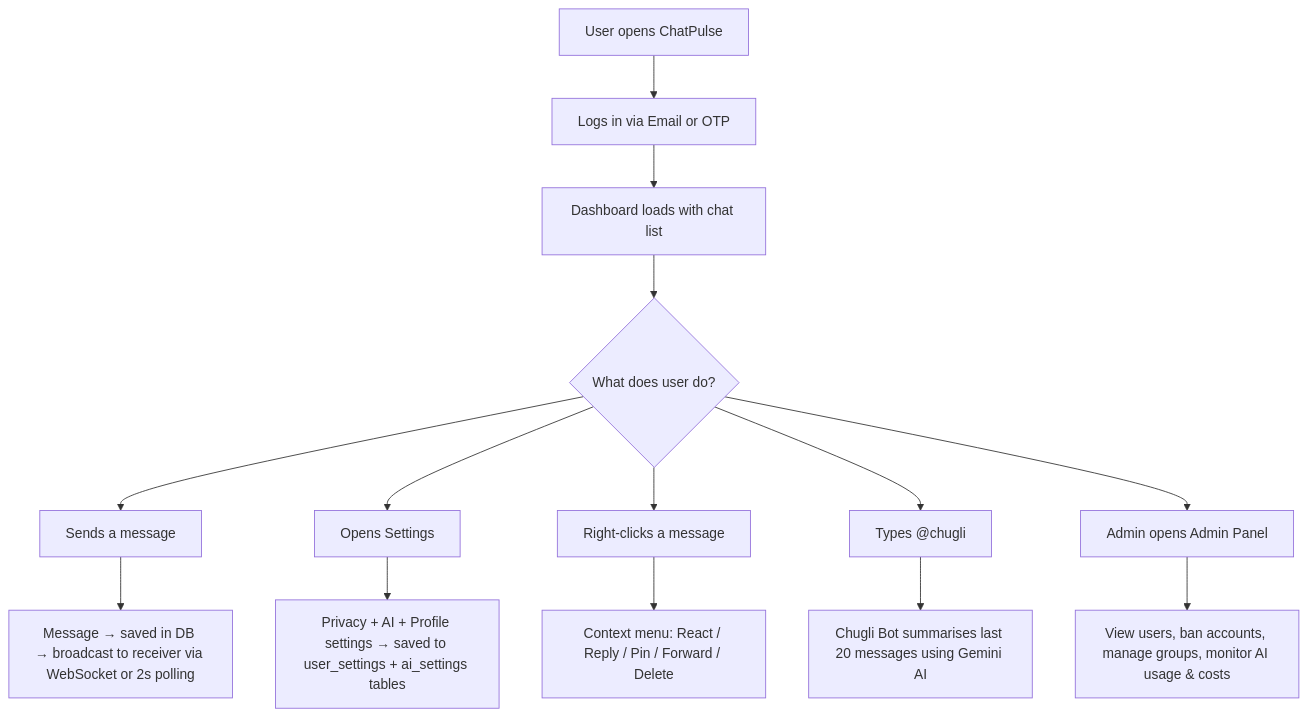
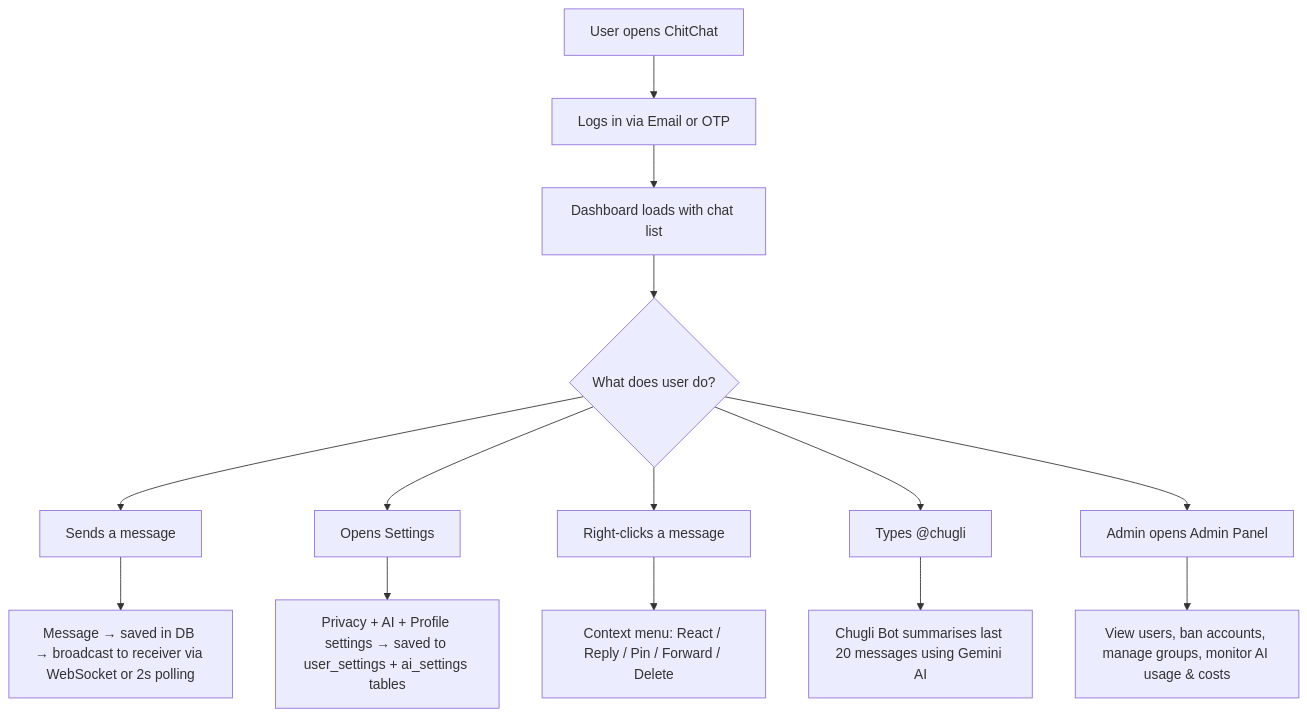
One commit to animeshtripathii/ChitChat changed the diagram in docs/README.md. Above: the diagram before and after it, drawn with Mermaid. The commit also changed other lines of this file and 1 other file, not shown here.

Commit message:
docs: add database migrations and schema architecture documentation

````diff
--- a/docs/README.md
+++ b/docs/README.md
@@ -21,18 +22,18 @@
 ```mermaid
 graph TD
-    A[User opens ChatPulse] --> B[Logs in via Email or OTP]
+    A[User opens ChitChat] --> B[Logs in via Email or OTP]
     B --> C[Dashboard loads with chat list]
     C --> D{What does user do?}
 
     D --> E[Sends a message]
     D --> F[Opens Settings]
     D --> G[Right-clicks a message]
     D --> H[Types @chugli]
     D --> I[Admin opens Admin Panel]
 
     E --> E1["Message → saved in DB → broadcast to receiver via WebSocket or 2s polling"]
     F --> F1["Privacy + AI + Profile settings → saved to user_settings + ai_settings tables"]
     G --> G1["Context menu: React / Reply / Pin / Forward / Delete"]
     H --> H1["Chugli Bot summarises last 20 messages using Gemini AI"]
     I --> I1["View users, ban accounts, manage groups, monitor AI usage & costs"]
 ```
````
